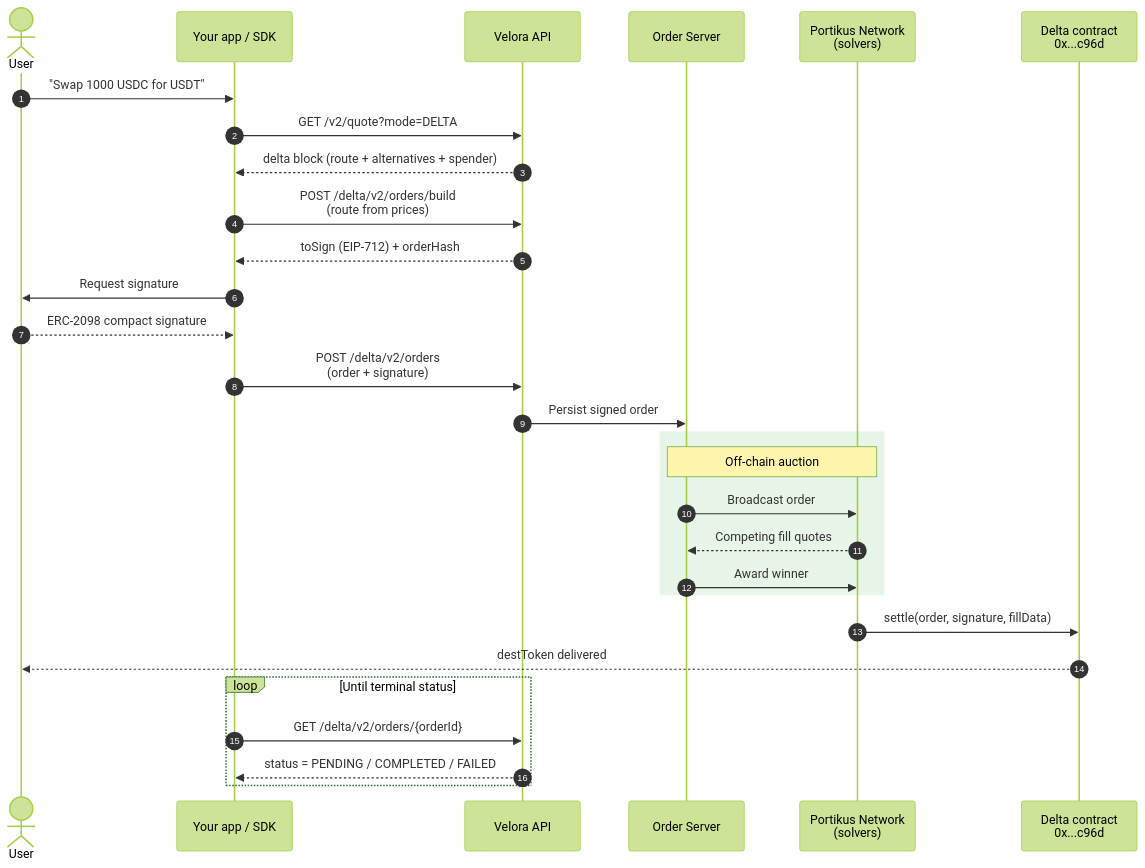
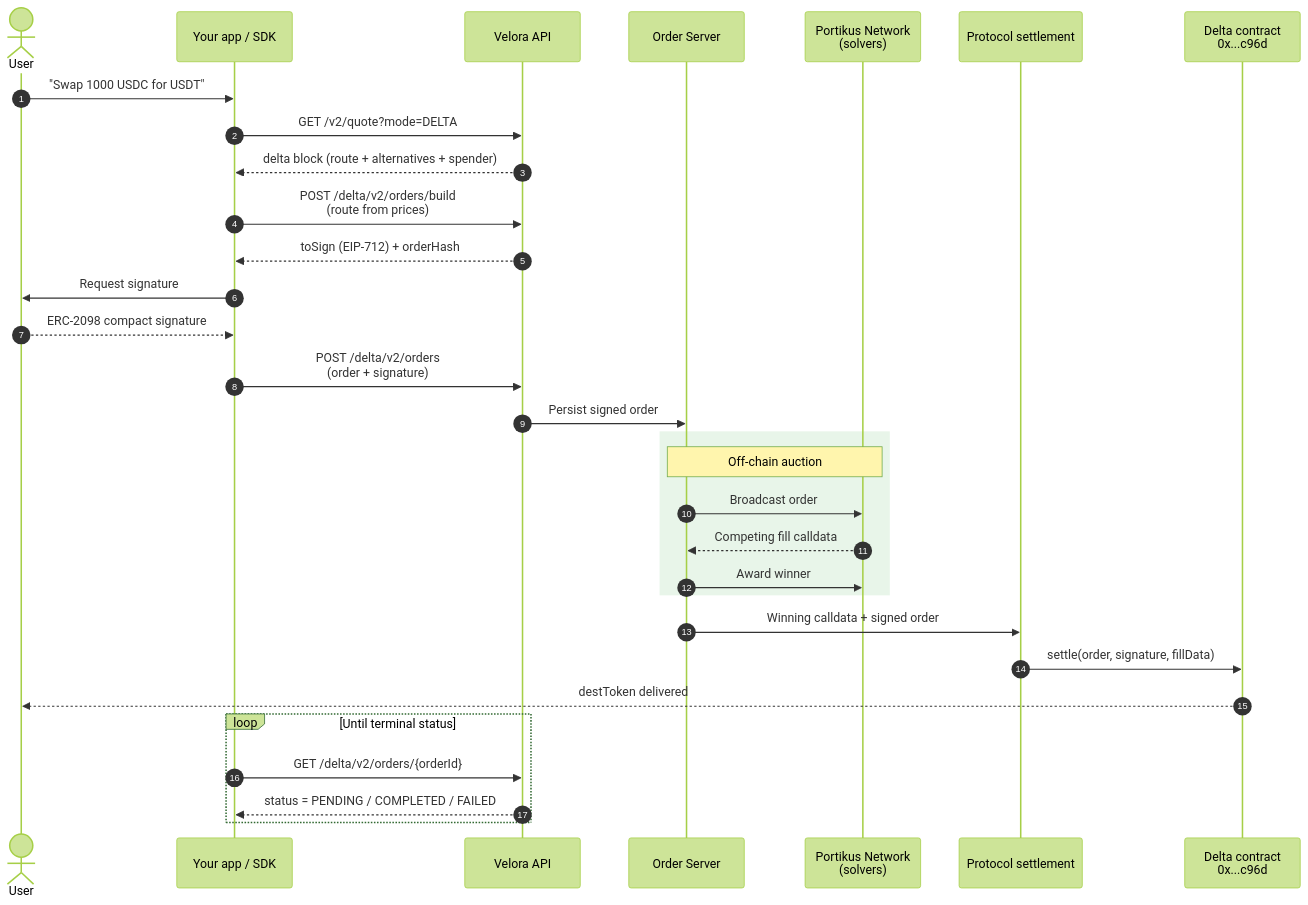
One commit to VeloraDEX/docs changed the diagram in delta/how-it-works.mdx. Above: the diagram before and after it, drawn with Mermaid (forest theme). The commit also changed other lines of this file and 15 other files, not shown here.

Commit message:
docs: clarify Delta settlement actor

````diff
--- a/delta/how-it-works.mdx
+++ b/delta/how-it-works.mdx
@@ -11,38 +11,40 @@
 ```mermaid
 sequenceDiagram
   autonumber
   actor User
   participant DApp as Your app / SDK
   participant API as Velora API
   participant OS as Order Server
   participant Solvers as Portikus Network<br/>(solvers)
+  participant Settlement as Protocol settlement
   participant Delta as Delta contract<br/>0x...c96d
 
   User->>DApp: "Swap 1000 USDC for USDT"
   DApp->>API: GET /v2/quote?mode=DELTA
   API-->>DApp: delta block (route + alternatives + spender)
 
   DApp->>API: POST /delta/v2/orders/build<br/>(route from prices)
   API-->>DApp: toSign (EIP-712) + orderHash
 
   DApp->>User: Request signature
   User-->>DApp: ERC-2098 compact signature
 
   DApp->>API: POST /delta/v2/orders<br/>(order + signature)
   API->>OS: Persist signed order
 
   rect rgb(232, 245, 233)
     note over OS,Solvers: Off-chain auction
     OS->>Solvers: Broadcast order
-    Solvers-->>OS: Competing fill quotes
+    Solvers-->>OS: Competing fill calldata
     OS->>Solvers: Award winner
   end
 
-  Solvers->>Delta: settle(order, signature, fillData)
+  OS->>Settlement: Winning calldata + signed order
+  Settlement->>Delta: settle(order, signature, fillData)
   Delta-->>User: destToken delivered
 
   loop Until terminal status
     DApp->>API: GET /delta/v2/orders/{orderId}
     API-->>DApp: status = PENDING / COMPLETED / FAILED
   end
 ```
````
